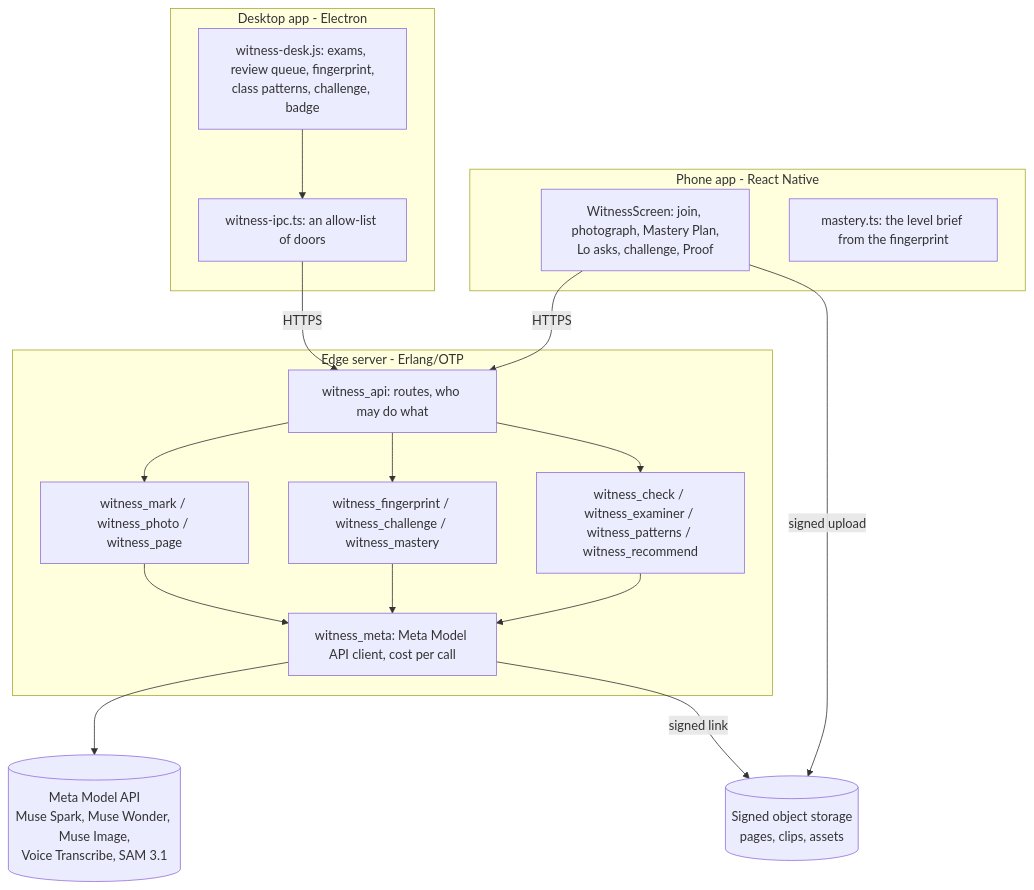
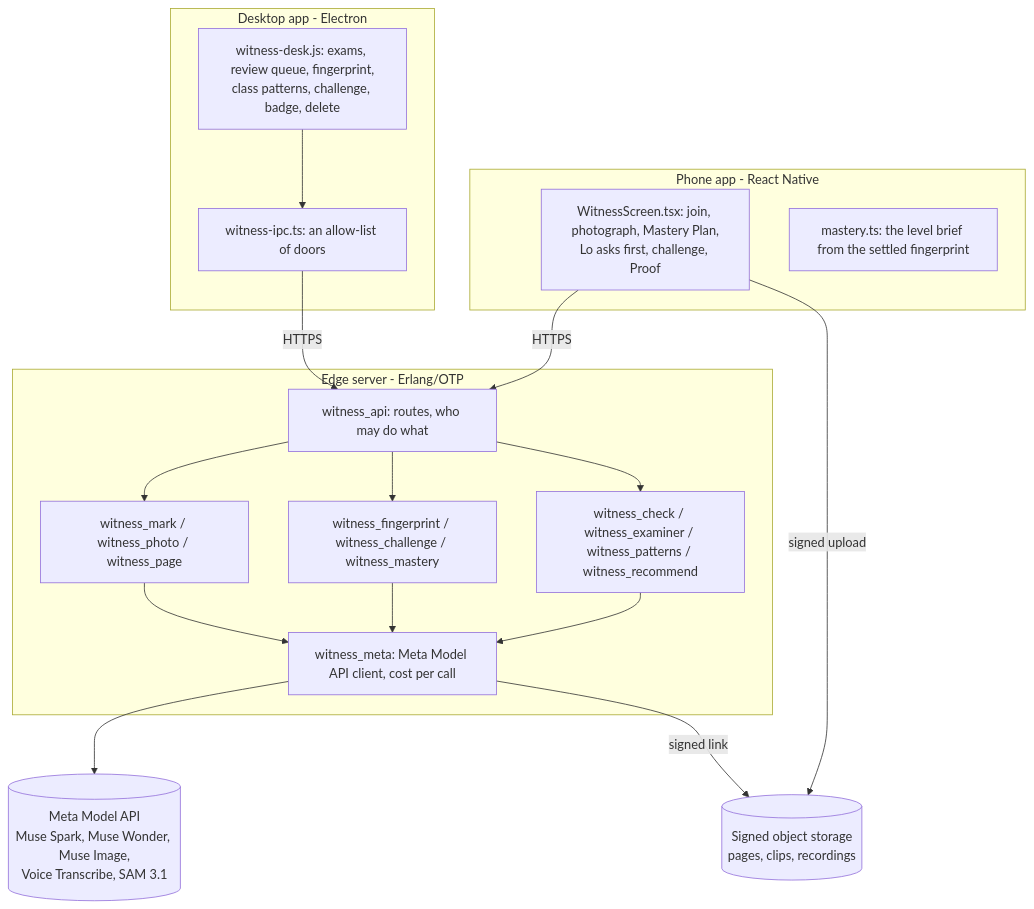
The second of 2 diagrams in README.md (jsamuelkamau-dot/lowisa-witness), drawn with Mermaid before and after one commit. The commit also changed other lines of this file and 75 other files, not shown here.

````diff
--- a/README.md
+++ b/README.md
@@ -227,26 +249,26 @@
 ```mermaid
 flowchart TB
   subgraph Phone[Phone app - React Native]
-    W[WitnessScreen: join, photograph, Mastery Plan,<br/>Lo asks, challenge, Proof]
-    MB[mastery.ts: the level brief from the fingerprint]
+    W[WitnessScreen.tsx: join, photograph, Mastery Plan,<br/>Lo asks first, challenge, Proof]
+    MB[mastery.ts: the level brief from the settled fingerprint]
   end
   subgraph Desk[Desktop app - Electron]
-    WD[witness-desk.js: exams, review queue, fingerprint,<br/>class patterns, challenge, badge]
+    WD[witness-desk.js: exams, review queue, fingerprint,<br/>class patterns, challenge, badge, delete]
     IPC[witness-ipc.ts: an allow-list of doors]
   end
   subgraph Edge[Edge server - Erlang/OTP]
     API[witness_api: routes, who may do what]
     MK[witness_mark / witness_photo / witness_page]
     FP[witness_fingerprint / witness_challenge / witness_mastery]
     AG[witness_check / witness_examiner / witness_patterns / witness_recommend]
     MM[witness_meta: Meta Model API client, cost per call]
   end
   Meta[(Meta Model API<br/>Muse Spark, Muse Wonder, Muse Image,<br/>Voice Transcribe, SAM 3.1)]
-  S3[(Signed object storage<br/>pages, clips, assets)]
+  S3[(Signed object storage<br/>pages, clips, recordings)]
   W -->|HTTPS| API
   WD --> IPC -->|HTTPS| API
   API --> MK & FP & AG
   MK & FP & AG --> MM --> Meta
   W -->|signed upload| S3
   MM -->|signed link| S3
 ```
````
